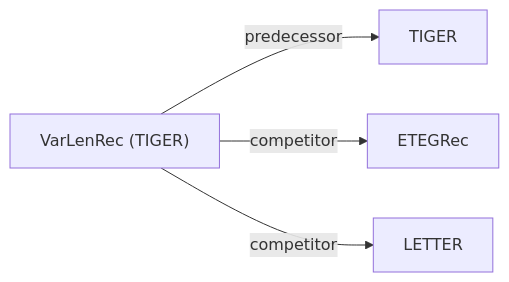
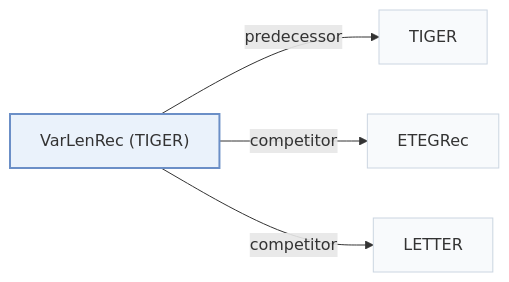
The second of 2 diagrams in pages/papers/varlenrec-tiger.md (Galaxy-ghost/Awesome-SID-Generative-Rec), drawn with Mermaid before and after one commit. The commit also changed other lines of this file and 649 other files, not shown here.

Commit message:
writer-05: also tags and modality index (schema, check, build, visuals); summary field removed; calibration data for 12 papers

````diff
--- a/pages/papers/varlenrec-tiger.md
+++ b/pages/papers/varlenrec-tiger.md
@@ -69,7 +74,11 @@
 ```mermaid
 flowchart LR
     P["VarLenRec (TIGER)"]
-    P -->|predecessor| A["TIGER"]
-    P -->|competitor| B["ETEGRec"]
-    P -->|competitor| C["LETTER"]
+    P -->|"predecessor"| A["TIGER"]
+    P -->|"competitor"| B["ETEGRec"]
+    P -->|"competitor"| C["LETTER"]
+    classDef main fill:#eaf2fb,stroke:#6b8fc7,stroke-width:2px
+    classDef peer fill:#f8fafc,stroke:#cbd5e1
+    class P main
+    class A,B,C peer
 ```
````
